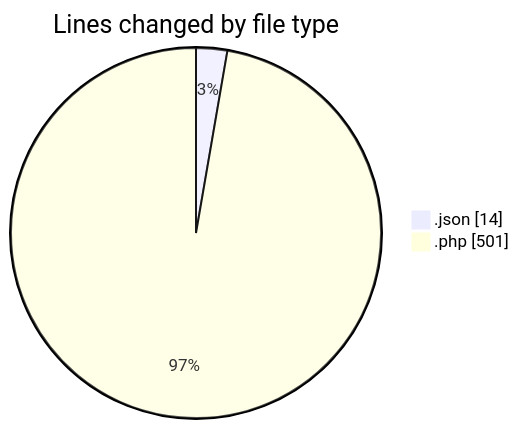
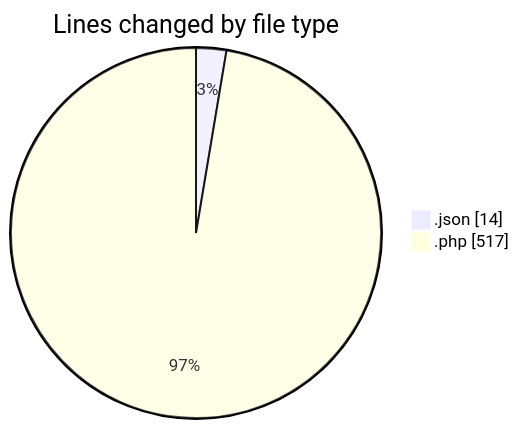
The first of 2 diagrams in 2026-07-27/untitled__workspace_/README.md (debugP/code-tracking), drawn with Mermaid before and after one commit. The commit also changed other lines of this file and 1 other file, not shown here.

````diff
--- a/2026-07-27/untitled__workspace_/README.md
+++ b/2026-07-27/untitled__workspace_/README.md
@@ -22,6 +22,6 @@
 ```mermaid
 pie showData
 title Lines changed by file type
 ".json" : 14
-".php" : 501
+".php" : 517
 ```
````
